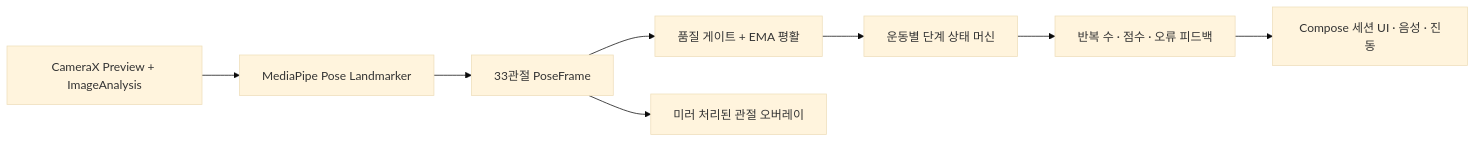
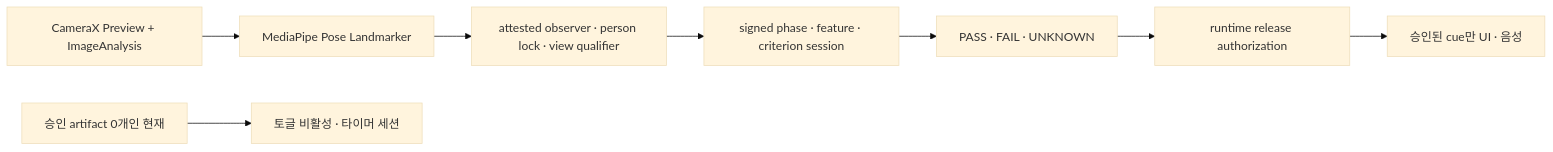
Before and after one commit to LeeDongHyun00/TREX: the diagram in docs/pose-correction-system.md, drawn with Mermaid (base theme). The commit also changed other lines of this file and 12 other files, not shown here.

Commit message:
Enforce fail-closed posture release boundary

````diff
--- a/docs/pose-correction-system.md
+++ b/docs/pose-correction-system.md
@@ -94,10 +94,10 @@
 ```mermaid
 flowchart LR
     A["CameraX Preview + ImageAnalysis"] --> B["MediaPipe Pose Landmarker"]
-    B --> C["33관절 PoseFrame"]
-    C --> D["품질 게이트 + EMA 평활"]
-    D --> E["운동별 단계 상태 머신"]
-    E --> F["반복 수 · 점수 · 오류 피드백"]
-    C --> G["미러 처리된 관절 오버레이"]
-    F --> H["Compose 세션 UI · 음성 · 진동"]
+    B --> C["attested observer · person lock · view qualifier"]
+    C --> D["signed phase · feature · criterion session"]
+    D --> E["PASS · FAIL · UNKNOWN"]
+    E --> F["runtime release authorization"]
+    F --> G["승인된 cue만 UI · 음성"]
+    H["승인 artifact 0개인 현재"] --> I["토글 비활성 · 타이머 세션"]
 ```
````
